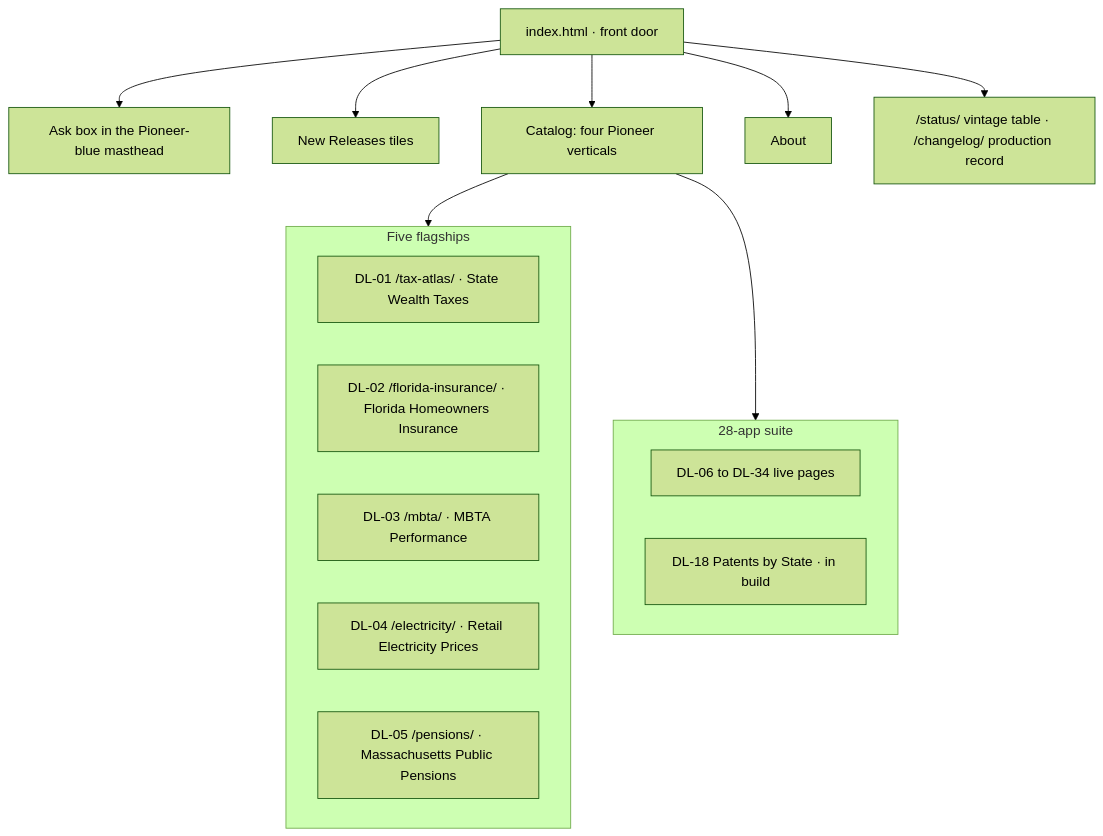
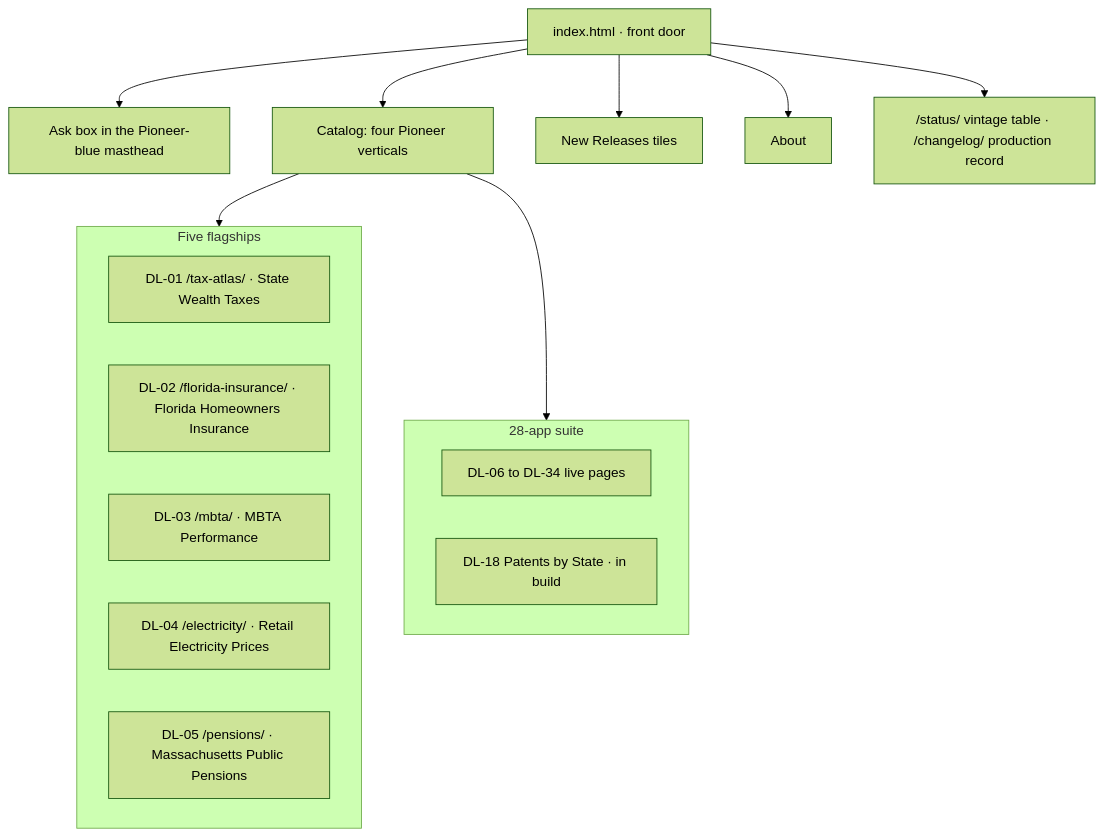
The second of 8 diagrams in ARCHITECTURE.md (jcalabr3ez/datalabs-prototype), drawn with Mermaid (forest theme) before and after one commit. The commit also changed other lines of this file and 4 other files, not shown here.

````diff
--- a/ARCHITECTURE.md
+++ b/ARCHITECTURE.md
@@ -39,23 +39,23 @@
 ```mermaid
 flowchart TB
   Door["index.html · front door"]
   Door --> AskBox[Ask box in the Pioneer-blue masthead]
+  Door --> Catalog[Catalog: four Pioneer verticals]
   Door --> Releases[New Releases tiles]
-  Door --> Catalog[Catalog: four Pioneer verticals]
   Door --> About[About]
   Catalog --> Flagships
   Catalog --> Suite
   subgraph Flagships [Five flagships]
     DL01["DL-01 /tax-atlas/ · State Wealth Taxes"]
     DL02["DL-02 /florida-insurance/ · Florida Homeowners Insurance"]
     DL03["DL-03 /mbta/ · MBTA Performance"]
     DL04["DL-04 /electricity/ · Retail Electricity Prices"]
     DL05["DL-05 /pensions/ · Massachusetts Public Pensions"]
   end
   subgraph Suite [28-app suite]
     Live["DL-06 to DL-34 live pages"]
     Stub["DL-18 Patents by State · in build"]
   end
   Ops["/status/ vintage table · /changelog/ production record"]
   Door --> Ops
 ```
````
